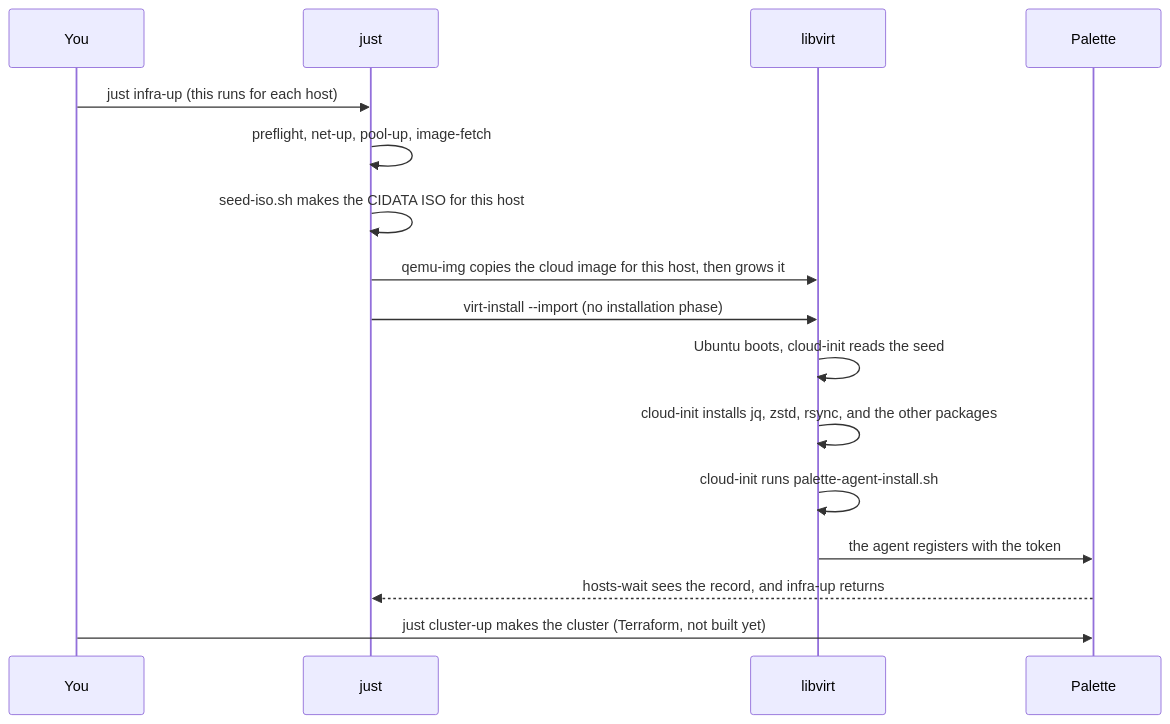
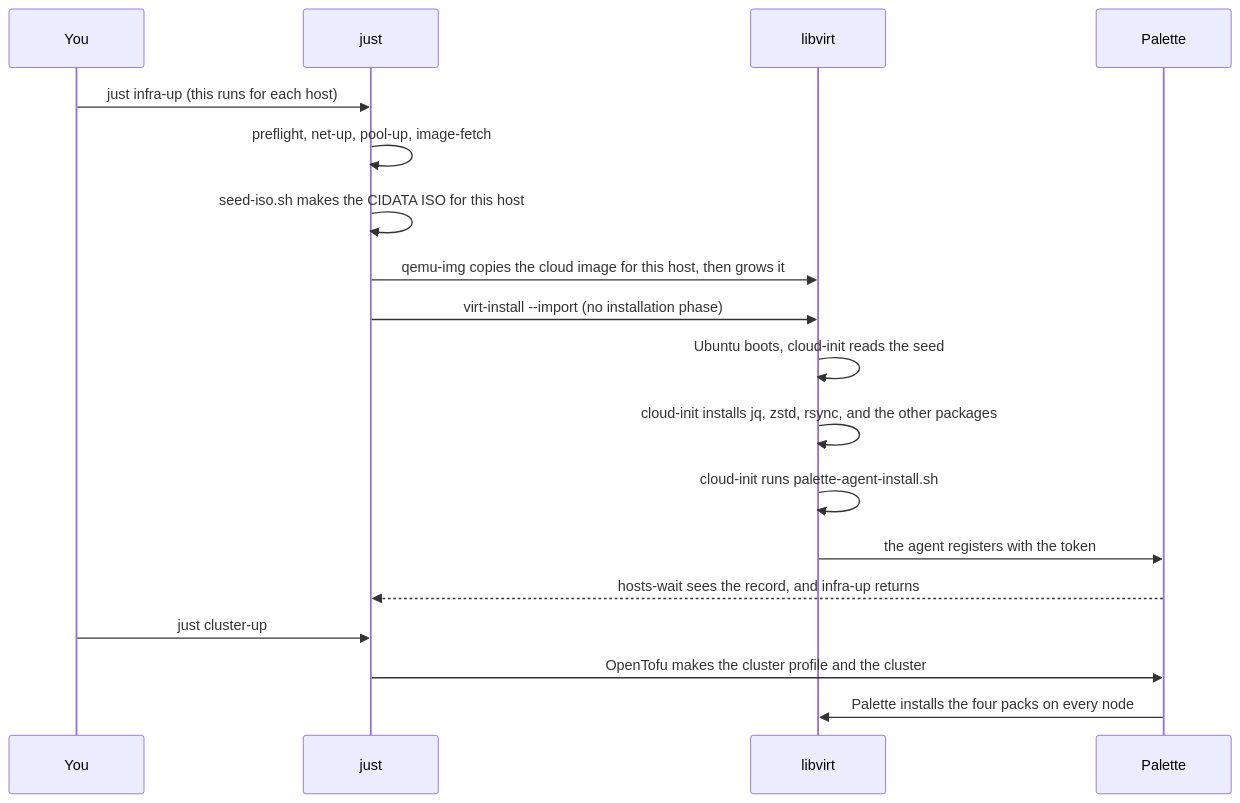
One commit to como-technologies/palette-edge-libvirt changed the second of 2 diagrams in docs/src/architecture.md. Above: the diagram before and after it, drawn with Mermaid. The commit also changed other lines of this file and 40 other files, not shown here.

First line of the commit message:
Build the cluster layer with OpenTofu

````diff
--- a/docs/src/architecture.md
+++ b/docs/src/architecture.md
@@ -61,19 +69,21 @@
 ```mermaid
 sequenceDiagram
     participant U as You
     participant J as just
     participant V as libvirt
     participant P as Palette
 
     U->>J: just infra-up (this runs for each host)
     J->>J: preflight, net-up, pool-up, image-fetch
     J->>J: seed-iso.sh makes the CIDATA ISO for this host
     J->>V: qemu-img copies the cloud image for this host, then grows it
     J->>V: virt-install --import (no installation phase)
     V->>V: Ubuntu boots, cloud-init reads the seed
     V->>V: cloud-init installs jq, zstd, rsync, and the other packages
     V->>V: cloud-init runs palette-agent-install.sh
     V->>P: the agent registers with the token
     P-->>J: hosts-wait sees the record, and infra-up returns
-    U->>P: just cluster-up makes the cluster (Terraform, not built yet)
+    U->>J: just cluster-up
+    J->>P: OpenTofu makes the cluster profile and the cluster
+    P->>V: Palette installs the four packs on every node
 ```
````
